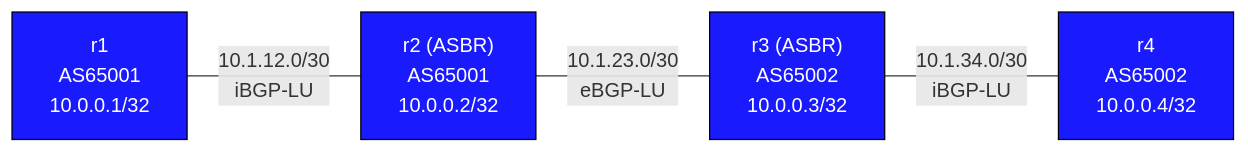
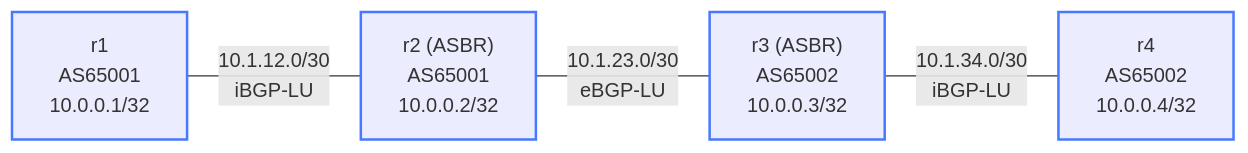
The diagram in labs/bgp-labeled-unicast/README.md (jschless/networkingLabs), drawn with Mermaid before and after one commit. The commit also changed 250 other files, not shown here.

Commit message:
Fix unreadable topology diagrams, convert ASCII art, publish assessments (#57)

````diff
--- a/labs/bgp-labeled-unicast/README.md
+++ b/labs/bgp-labeled-unicast/README.md
@@ -11,14 +11,14 @@
 ```mermaid
 flowchart LR
-    r1["r1\nAS65001\n10.0.0.1/32"]
-    r2["r2 (ASBR)\nAS65001\n10.0.0.2/32"]
-    r3["r3 (ASBR)\nAS65002\n10.0.0.3/32"]
-    r4["r4\nAS65002\n10.0.0.4/32"]
+    r1["r1<br/>AS65001<br/>10.0.0.1/32"]
+    r2["r2 (ASBR)<br/>AS65001<br/>10.0.0.2/32"]
+    r3["r3 (ASBR)<br/>AS65002<br/>10.0.0.3/32"]
+    r4["r4<br/>AS65002<br/>10.0.0.4/32"]
 
-    r1 -- "10.1.12.0/30\niBGP-LU" --- r2
-    r2 -- "10.1.23.0/30\neBGP-LU" --- r3
-    r3 -- "10.1.34.0/30\niBGP-LU" --- r4
+    r1 -- "10.1.12.0/30<br/>iBGP-LU" --- r2
+    r2 -- "10.1.23.0/30<br/>eBGP-LU" --- r3
+    r3 -- "10.1.34.0/30<br/>iBGP-LU" --- r4
 
-    classDef router fill:#1a1aff,color:#fff,stroke:#000
+    classDef router stroke:#4778ff,stroke-width:2px
     class r1,r2,r3,r4 router
 ```
````
